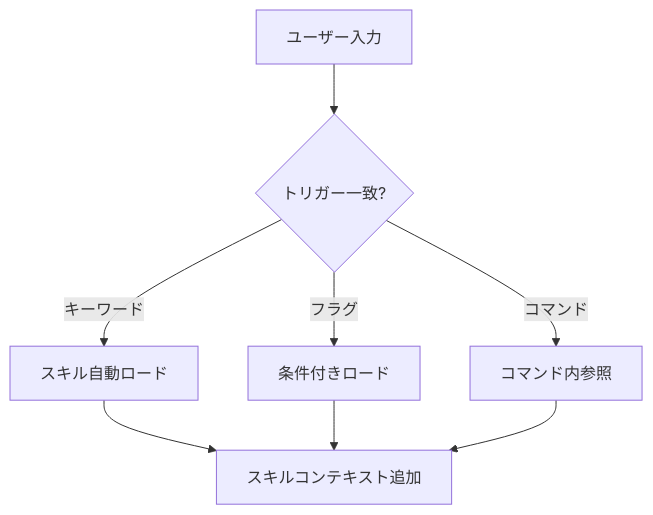
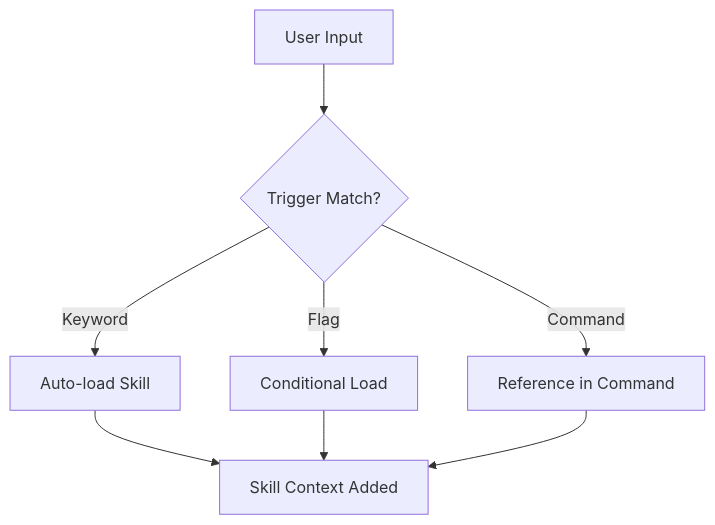
Before and after one commit to thkt/dotclaude: the second of 2 diagrams in .ja/docs/SKILLS_AGENTS.md, drawn with Mermaid. The commit also changed other lines of this file and 380 other files, not shown here.

````diff
--- a/.ja/docs/SKILLS_AGENTS.md
+++ b/.ja/docs/SKILLS_AGENTS.md
@@ -57,10 +57,10 @@
 ```mermaid
 flowchart TD
-    A[ユーザー入力] --> B{トリガー一致?}
-    B -->|キーワード| C[スキル自動ロード]
-    B -->|フラグ| D[条件付きロード]
-    B -->|コマンド| E[コマンド内参照]
-    C --> F[スキルコンテキスト追加]
+    A[User Input] --> B{Trigger Match?}
+    B -->|Keyword| C[Auto-load Skill]
+    B -->|Flag| D[Conditional Load]
+    B -->|Command| E[Reference in Command]
+    C --> F[Skill Context Added]
     D --> F
     E --> F
 ```
````
